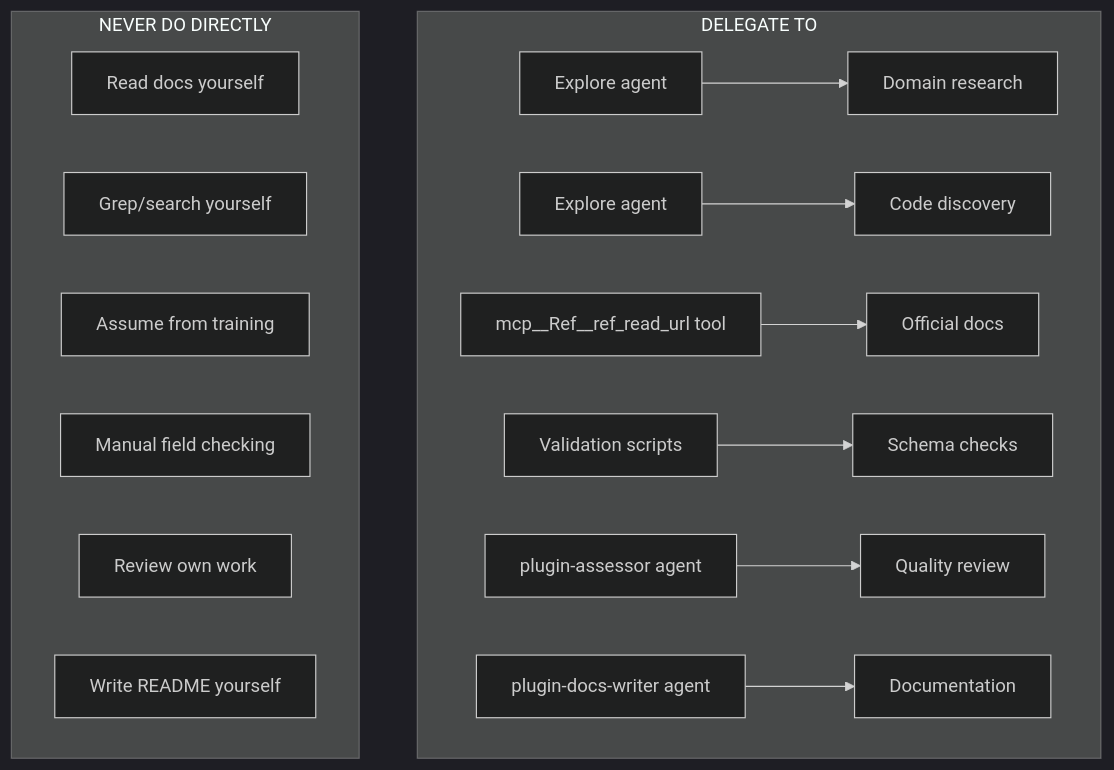
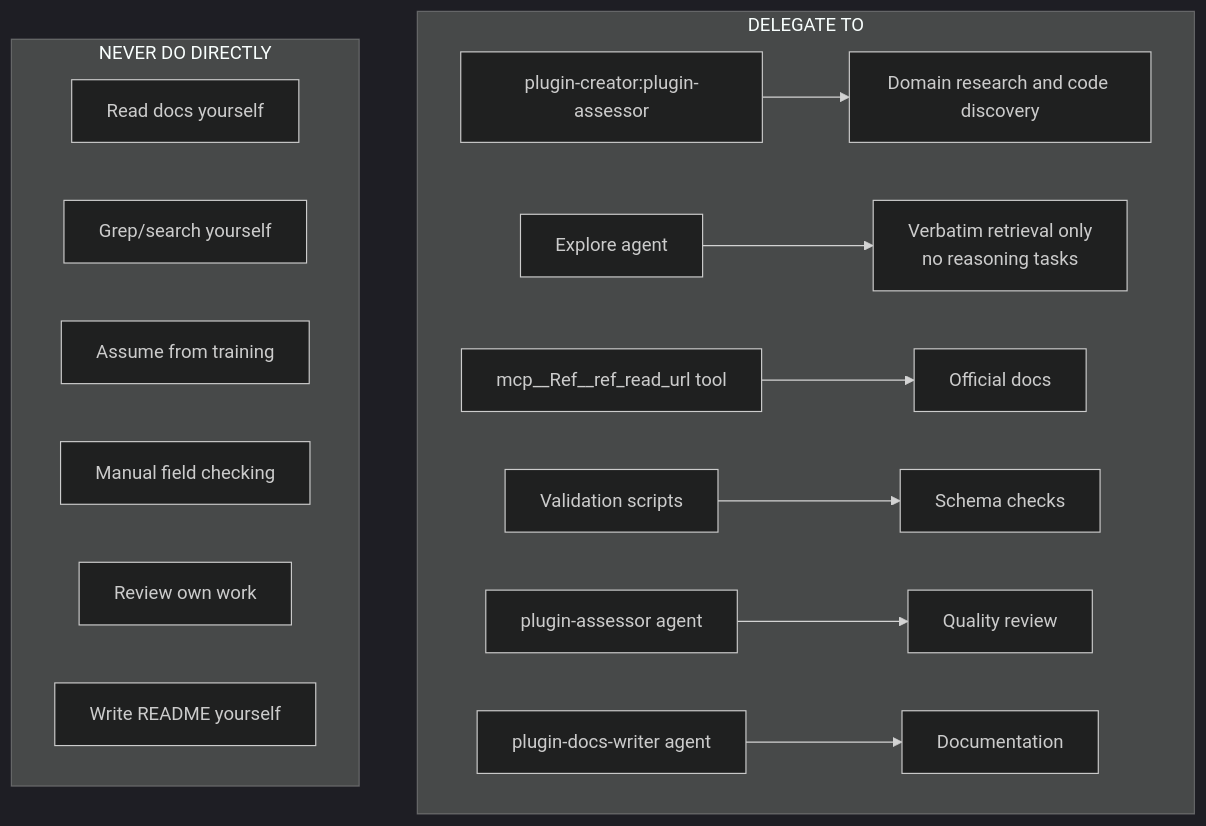
The tenth of 11 diagrams in plugins/plugin-creator/skills/plugin-creator/references/workflow-diagram.md (chgreer1070/claude_skills), drawn with Mermaid (dark theme) before and after one commit. The commit also changed other lines of this file and 37 other files, not shown here.

````diff
--- a/plugins/plugin-creator/skills/plugin-creator/references/workflow-diagram.md
+++ b/plugins/plugin-creator/skills/plugin-creator/references/workflow-diagram.md
@@ -219,20 +219,20 @@
 ```mermaid
 flowchart TD
     subgraph "DELEGATE TO"
-        A1[Explore agent] --> A1T[Domain research]
-        A2[Explore agent] --> A2T[Code discovery]
+        A1[plugin-creator:plugin-assessor] --> A1T[Domain research and code discovery]
+        A2[Explore agent] --> A2T[Verbatim retrieval only<br>no reasoning tasks]
         A3[mcp__Ref__ref_read_url tool] --> A3T[Official docs]
         A4[Validation scripts] --> A4T[Schema checks]
         A5[plugin-assessor agent] --> A5T[Quality review]
         A6[plugin-docs-writer agent] --> A6T[Documentation]
     end
 
     subgraph "NEVER DO DIRECTLY"
         B1[Read docs yourself]
         B2[Grep/search yourself]
         B3[Assume from training]
         B4[Manual field checking]
         B5[Review own work]
         B6[Write README yourself]
     end
 ```
````
